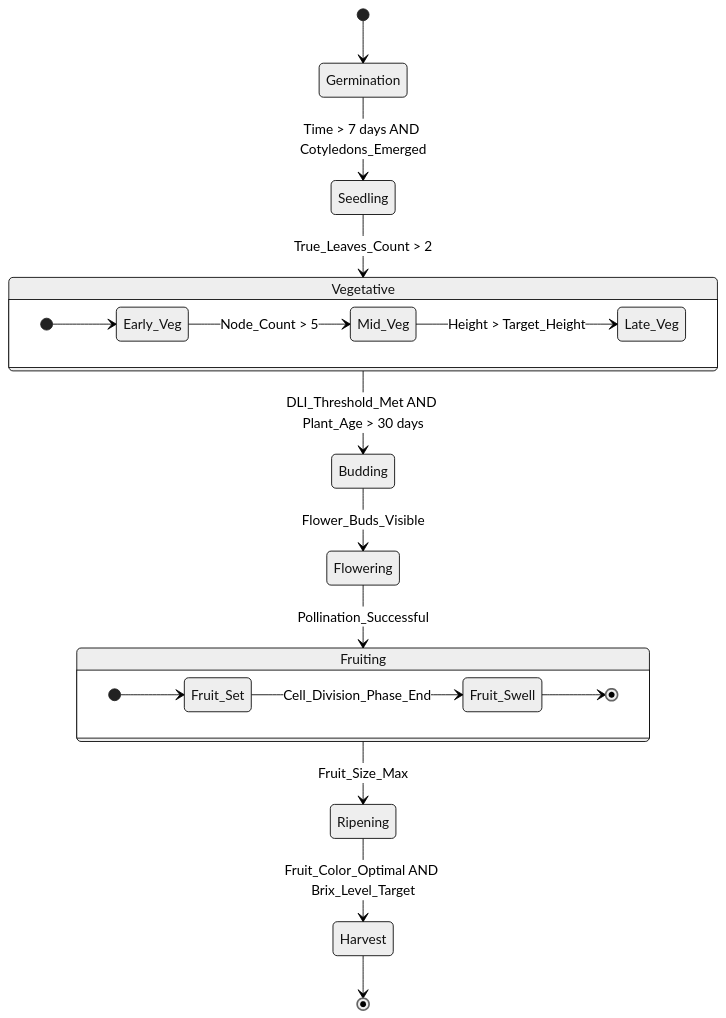
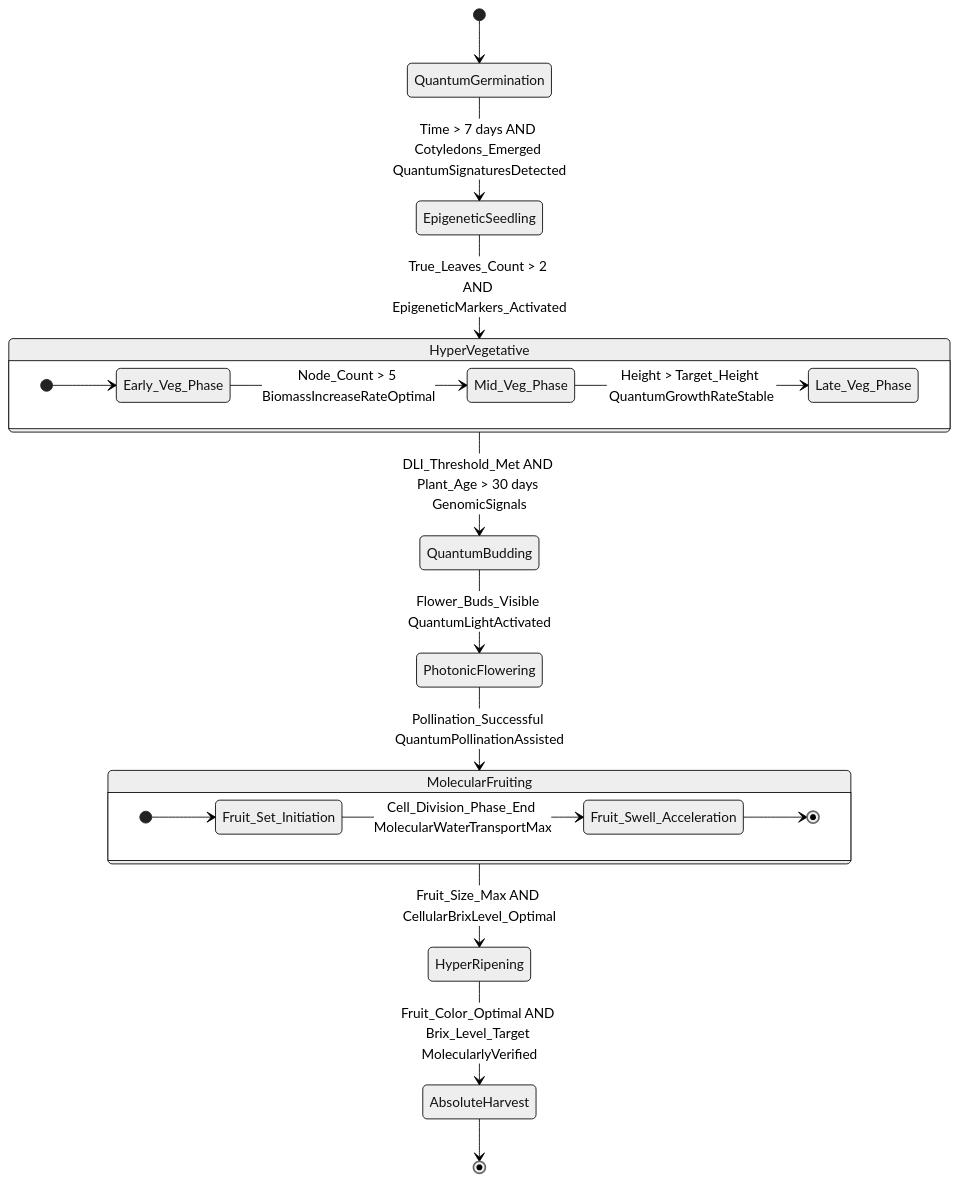
The tenth of 10 diagrams in inventions/110_ai_automated_home_gardening.md (diplomat-bit/Citibank_Demo_Business_Inc_Demonstration-), drawn with Mermaid (neutral theme) before and after one commit. The commit also changed other lines of this file, not shown here.

````diff
--- a/inventions/110_ai_automated_home_gardening.md
+++ b/inventions/110_ai_automated_home_gardening.md
@@ -491,25 +600,25 @@
 ```mermaid
 stateDiagram-v2
-    [*] --> Germination
-    Germination --> Seedling : Time > 7 days AND Cotyledons_Emerged
-    Seedling --> Vegetative : True_Leaves_Count > 2
-    Vegetative --> Budding : DLI_Threshold_Met AND Plant_Age > 30 days
-    Budding --> Flowering : Flower_Buds_Visible
-    Flowering --> Fruiting : Pollination_Successful
-    Fruiting --> Ripening : Fruit_Size_Max
-    Ripening --> Harvest : Fruit_Color_Optimal AND Brix_Level_Target
-    Harvest --> [*]
+    [*] --> QuantumGermination
+    QuantumGermination --> EpigeneticSeedling : Time > 7 days AND Cotyledons_Emerged QuantumSignaturesDetected
+    EpigeneticSeedling --> HyperVegetative : True_Leaves_Count > 2 AND EpigeneticMarkers_Activated
+    HyperVegetative --> QuantumBudding : DLI_Threshold_Met AND Plant_Age > 30 days GenomicSignals
+    QuantumBudding --> PhotonicFlowering : Flower_Buds_Visible QuantumLightActivated
+    PhotonicFlowering --> MolecularFruiting : Pollination_Successful QuantumPollinationAssisted
+    MolecularFruiting --> HyperRipening : Fruit_Size_Max AND CellularBrixLevel_Optimal
+    HyperRipening --> AbsoluteHarvest : Fruit_Color_Optimal AND Brix_Level_Target MolecularlyVerified
+    AbsoluteHarvest --> [*]
 
-    state Vegetative {
+    state HyperVegetative {
         direction LR
-        [*] --> Early_Veg
-        Early_Veg --> Mid_Veg : Node_Count > 5
-        Mid_Veg --> Late_Veg : Height > Target_Height
+        [*] --> Early_Veg_Phase
+        Early_Veg_Phase --> Mid_Veg_Phase : Node_Count > 5 BiomassIncreaseRateOptimal
+        Mid_Veg_Phase --> Late_Veg_Phase : Height > Target_Height QuantumGrowthRateStable
     }
-    state Fruiting {
+    state MolecularFruiting {
         direction LR
-        [*] --> Fruit_Set
-        Fruit_Set --> Fruit_Swell : Cell_Division_Phase_End
-        Fruit_Swell --> [*]
+        [*] --> Fruit_Set_Initiation
+        Fruit_Set_Initiation --> Fruit_Swell_Acceleration : Cell_Division_Phase_End MolecularWaterTransportMax
+        Fruit_Swell_Acceleration --> [*]
     }
 ```
````
